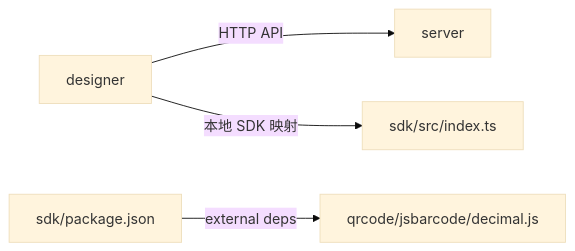
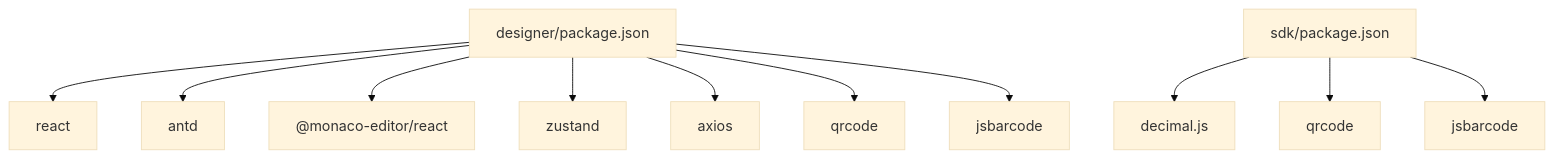
Before and after one commit to joker-yjc/printer: the eighth of 8 diagrams in .qoder/repowiki/zh/content/快速开始.md, drawn with Mermaid (base theme). The commit also changed other lines of this file and 274 other files, not shown here.

````diff
--- a/.qoder/repowiki/zh/content/快速开始.md
+++ b/.qoder/repowiki/zh/content/快速开始.md
@@ -238,6 +330,15 @@
 ```mermaid
-graph LR
-Designer["designer"] -- "HTTP API" --> Server["server"]
-Designer -- "本地 SDK 映射" --> SDKSrc["sdk/src/index.ts"]
-SDKPkg["sdk/package.json"] -- "external deps" --> Deps["qrcode/jsbarcode/decimal.js"]
+graph TB
+D_PKG["designer/package.json"]
+S_PKG["sdk/package.json"]
+D_PKG --> D_REACT["react"]
+D_PKG --> D_ANTD["antd"]
+D_PKG --> D_MONACO["@monaco-editor/react"]
+D_PKG --> D_ZUSTAND["zustand"]
+D_PKG --> D_AXIOS["axios"]
+D_PKG --> D_QR["qrcode"]
+D_PKG --> D_BAR["jsbarcode"]
+S_PKG --> S_DECIMAL["decimal.js"]
+S_PKG --> S_QR["qrcode"]
+S_PKG --> S_BAR["jsbarcode"]
 ```
````
